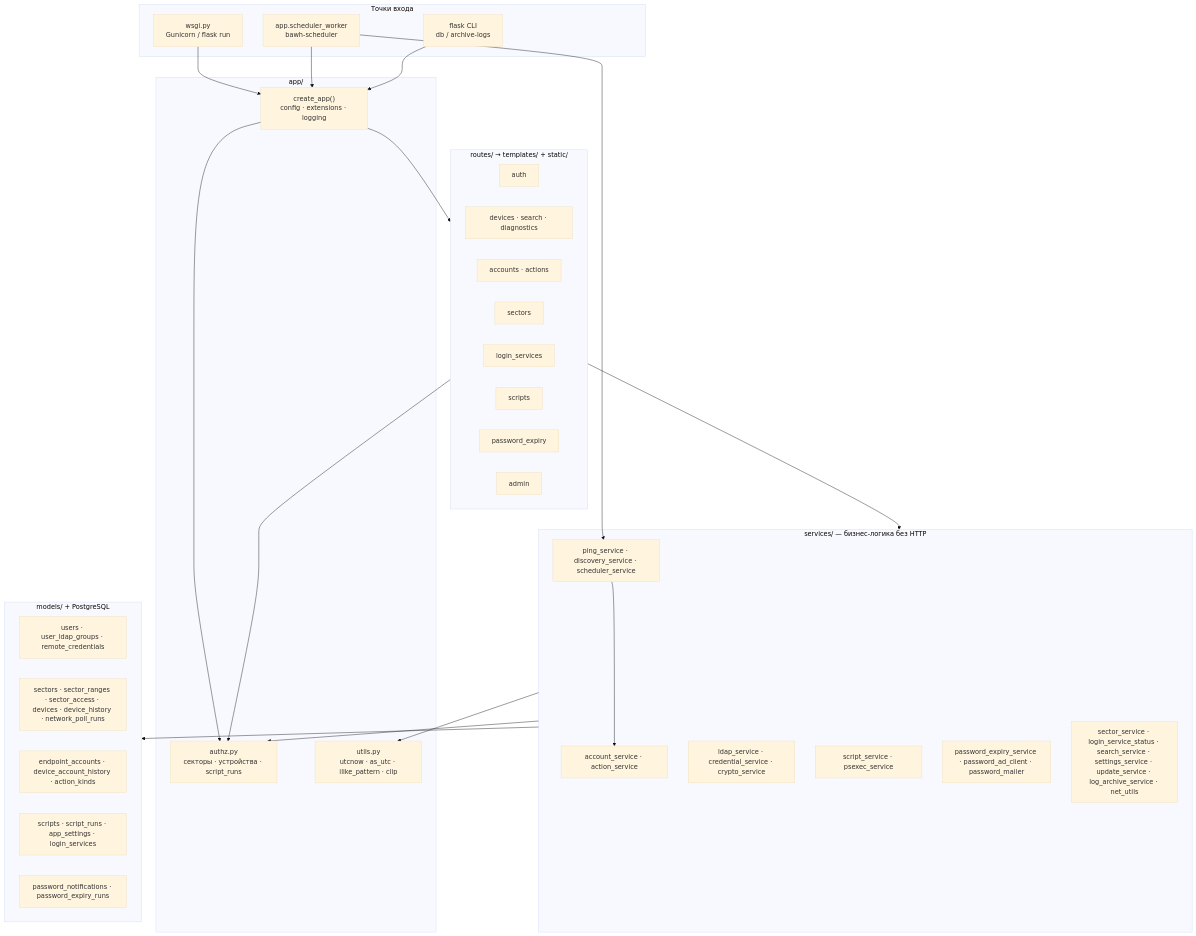
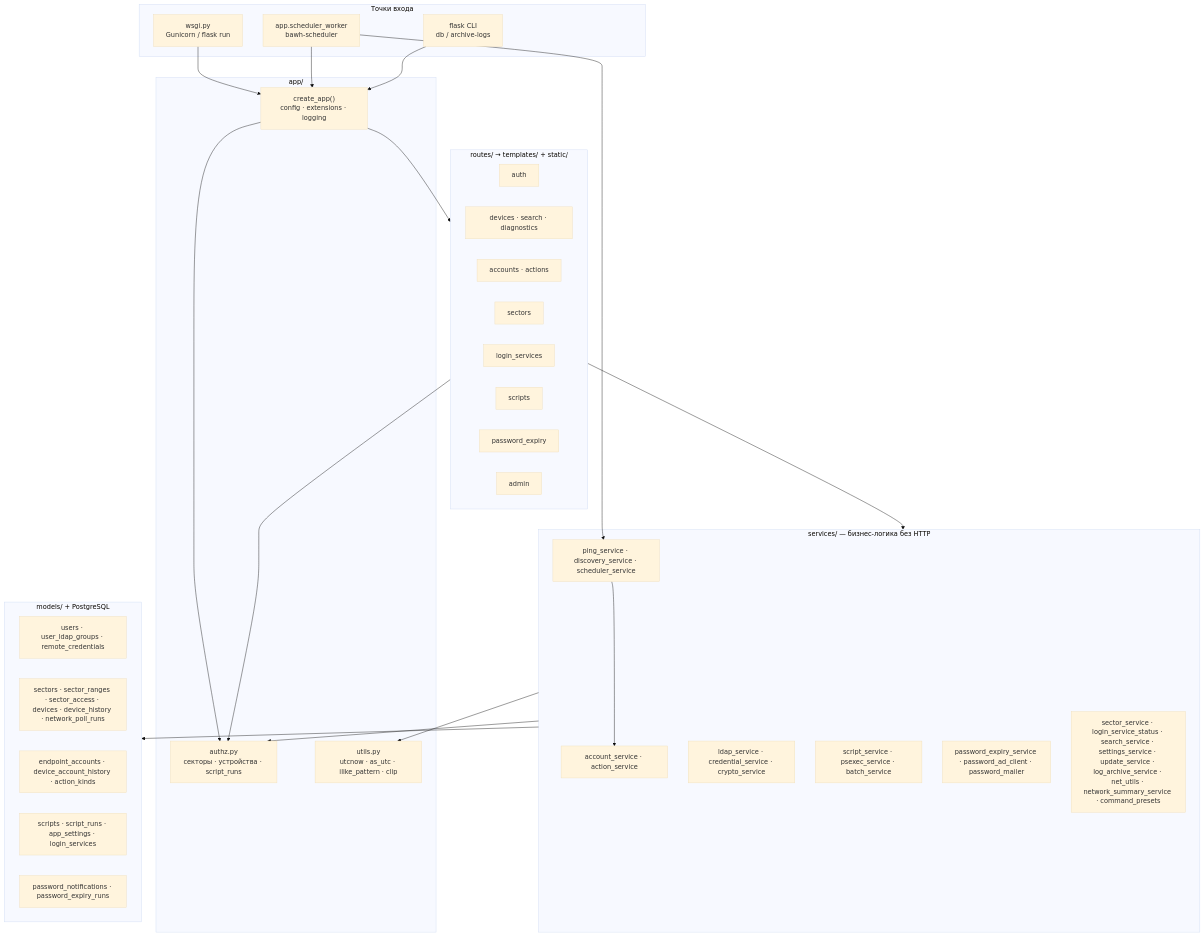
One commit to blazerity/admin-webhelper changed the first of 2 diagrams in docs/ARCHITECTURE.md. Above: the diagram before and after it, drawn with Mermaid (base theme). The commit also changed 80 other files, not shown here.

First line of the commit message:
Roadmap W2–W4: единое обновление (v0.6.0) (#30)

````diff
--- a/docs/ARCHITECTURE.md
+++ b/docs/ARCHITECTURE.md
@@ -7,55 +7,55 @@
 ```mermaid
 flowchart TB
   subgraph entry["Точки входа"]
     WSGI["wsgi.py<br/>Gunicorn / flask run"]
     SCHED["app.scheduler_worker<br/>bawh-scheduler"]
     CLI["flask CLI<br/>db / archive-logs"]
   end
 
   subgraph app_core["app/"]
     CREATE["create_app()<br/>config · extensions · logging"]
     AUTH["authz.py<br/>секторы · устройства · script_runs"]
     UTILS["utils.py<br/>utcnow · as_utc · ilike_pattern · clip"]
   end
 
   subgraph http["routes/ → templates/ + static/"]
     R_AUTH["auth"]
     R_DEV["devices · search · diagnostics"]
     R_ACC["accounts · actions"]
     R_SEC["sectors"]
     R_LOGIN["login_services"]
     R_SCR["scripts"]
     R_PWD["password_expiry"]
     R_ADM["admin"]
   end
 
   subgraph services["services/ — бизнес-логика без HTTP"]
     S_POLL["ping_service · discovery_service · scheduler_service"]
     S_ACC["account_service · action_service"]
     S_ID["ldap_service · credential_service · crypto_service"]
-    S_RUN["script_service · psexec_service"]
+    S_RUN["script_service · psexec_service · batch_service"]
     S_PWD["password_expiry_service · password_ad_client · password_mailer"]
-    S_OTH["sector_service · login_service_status · search_service · settings_service · update_service · log_archive_service · net_utils"]
+    S_OTH["sector_service · login_service_status · search_service · settings_service · update_service · log_archive_service · net_utils · network_summary_service · command_presets"]
   end
 
   subgraph data["models/ + PostgreSQL"]
     M_USER["users · user_ldap_groups · remote_credentials"]
     M_NET["sectors · sector_ranges · sector_access · devices · device_history · network_poll_runs"]
     M_ACC["endpoint_accounts · device_account_history · action_kinds"]
     M_SCR["scripts · script_runs · app_settings · login_services"]
     M_PWD["password_notifications · password_expiry_runs"]
   end
 
   WSGI --> CREATE
   SCHED --> CREATE
   CLI --> CREATE
   CREATE --> http
   CREATE --> AUTH
   http --> services
   http --> AUTH
   SCHED --> S_POLL
   services --> data
   services --> AUTH
   services --> UTILS
   S_POLL --> S_ACC
 ```
````
